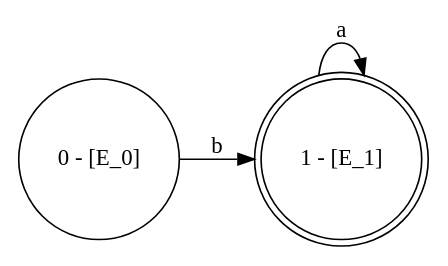
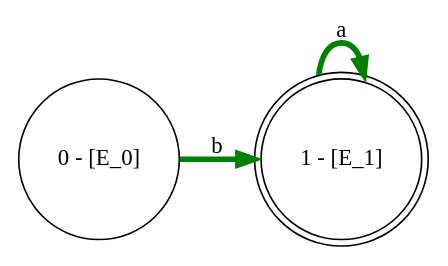
One commit to mikhmakarov/syntax-analyzers-tester changed the diagram in graph-builder/graphs/test-positive.dot. Above: the diagram before and after it, drawn with Graphviz. The commit also changed 918 other files, not shown here.

```diff
--- a/graph-builder/graphs/test-positive.dot
+++ b/graph-builder/graphs/test-positive.dot
@@ -1,10 +1,10 @@
 digraph {
 rankdir=LR;
 size="8,5";
 node [shape = circle, color = black];
 0 [label="0 - [E_0]"];
 node [shape = doublecircle];
 1 [label="1 - [E_1]"];
-0 -> 1 [ label = "b", color = "black" ];
-1 -> 1 [ label = "a", color = "black" ];
+0 -> 1 [ label = "b", color = "green", penwidth=3.5 ];
+1 -> 1 [ label = "a", color = "green", penwidth=3.5 ];
 }
```
